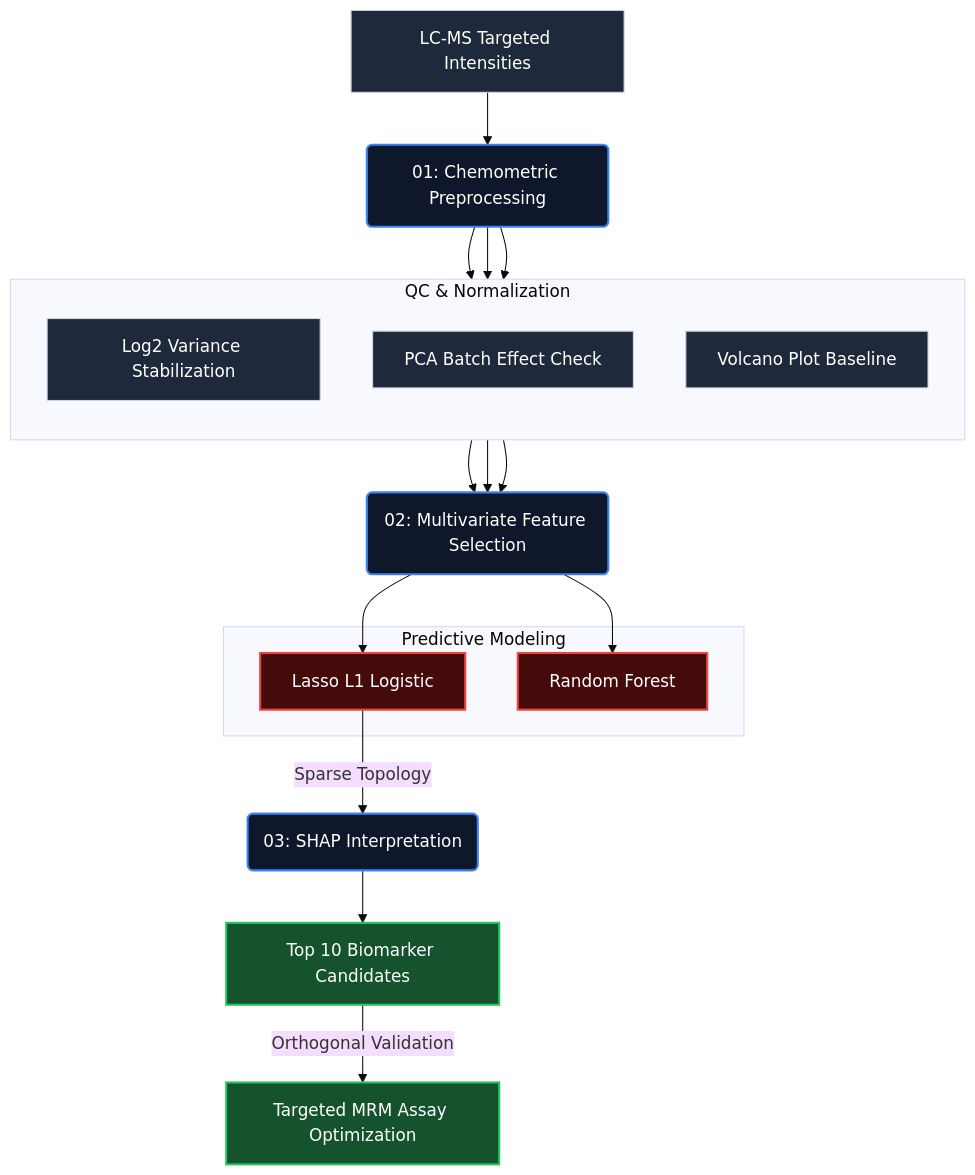
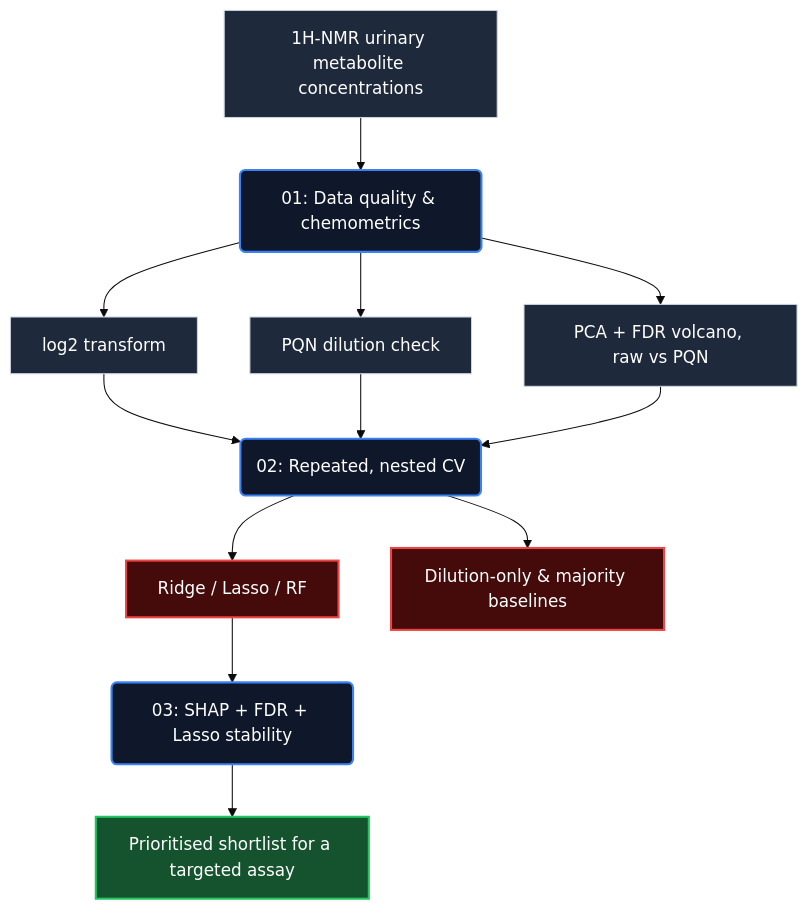
Before and after one commit to alexdbatista/data-science-portfolio: the diagram in featured/metabolomics-biomarker-discovery/README.md, drawn with Mermaid (base theme). The commit also changed other lines of this file and 15 other files, not shown here.

First line of the commit message:
Metabolomics: real cachexia data, dilution analysis, honest CV results

````diff
--- a/featured/metabolomics-biomarker-discovery/README.md
+++ b/featured/metabolomics-biomarker-discovery/README.md
@@ -31,29 +54,17 @@
 ```mermaid
 flowchart TD
     classDef data fill:#1e293b,stroke:#cbd5e1,stroke-width:1px,color:#fff
     classDef process fill:#0f172a,stroke:#3b82f6,stroke-width:2px,color:#fff
     classDef model fill:#450a0a,stroke:#ef4444,stroke-width:2px,color:#fff
     classDef output fill:#14532d,stroke:#22c55e,stroke-width:2px,color:#fff
 
-    A[LC-MS Targeted Intensities]:::data --> B(01: Chemometric Preprocessing):::process
-    
-    subgraph QC & Normalization
-        direction TB
-        B1[Log2 Variance Stabilization]:::data
-        B2[PCA Batch Effect Check]:::data
-        B3[Volcano Plot Baseline]:::data
-    end
-    B --> B1 & B2 & B3
-    B1 & B2 & B3 --> C(02: Multivariate Feature Selection):::process
-    
-    subgraph Predictive Modeling
-        C1[Lasso L1 Logistic]:::model
-        C2[Random Forest]:::model
-    end
-    
-    C --> C1 & C2
-    C1 -->|Sparse Topology| D(03: SHAP Interpretation):::process
-    
-    D --> E[Top 10 Biomarker Candidates]:::output
-    E -->|Orthogonal Validation| F[Targeted MRM Assay Optimization]:::output
+    A[1H-NMR urinary metabolite concentrations]:::data --> B(01: Data quality & chemometrics):::process
+    B --> B1[log2 transform]:::data
+    B --> B2[PQN dilution check]:::data
+    B --> B3[PCA + FDR volcano, raw vs PQN]:::data
+    B1 & B2 & B3 --> C(02: Repeated, nested CV):::process
+    C --> C1[Ridge / Lasso / RF]:::model
+    C --> C2[Dilution-only & majority baselines]:::model
+    C1 --> D(03: SHAP + FDR + Lasso stability):::process
+    D --> E[Prioritised shortlist for a targeted assay]:::output
 ```
````
